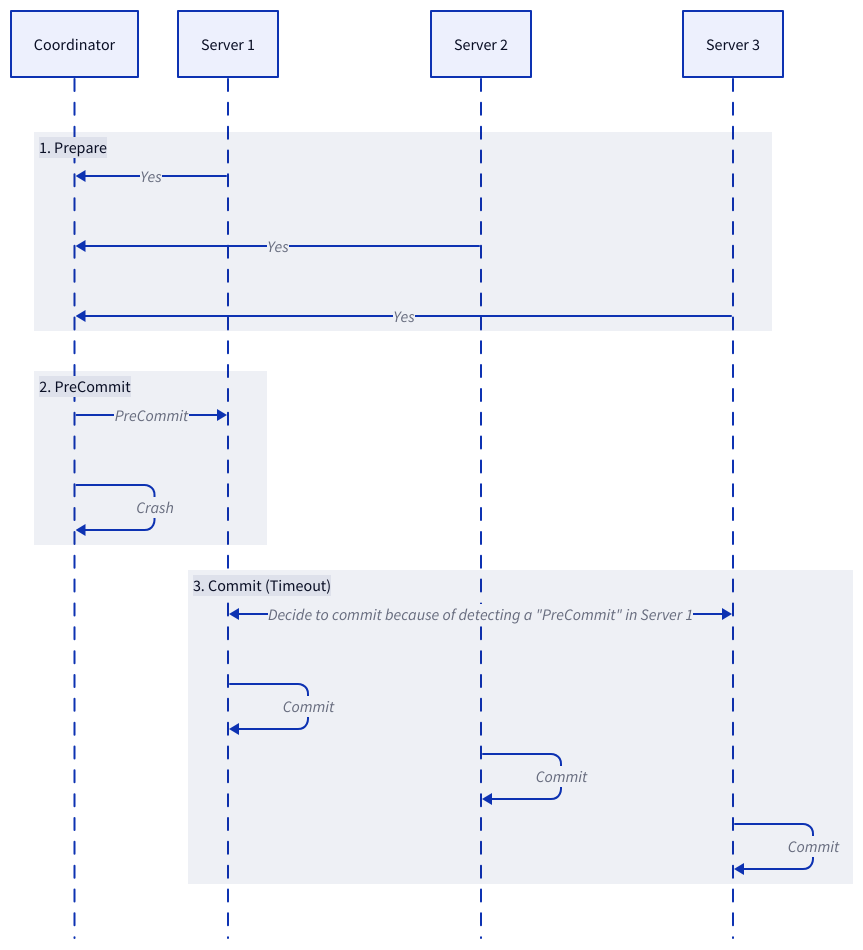
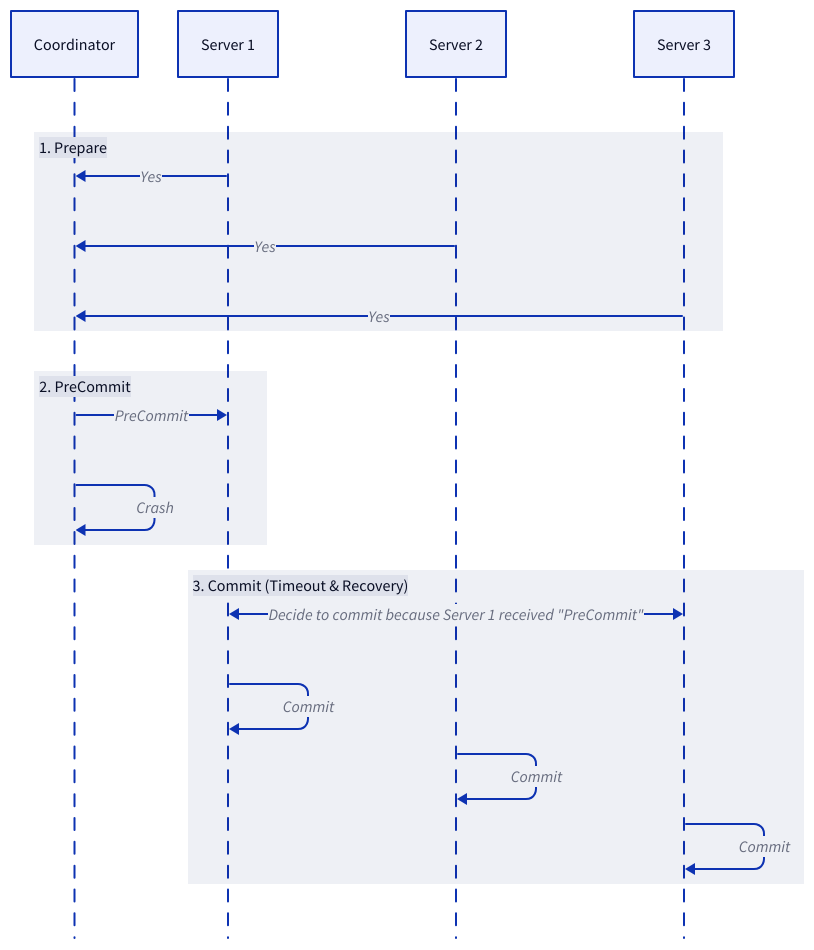
Before and after one commit to link1905/system-design-101: diagram 11 of 15 in content/docs/design-patterns/distributed-transaction/blocking-protocols.md, drawn with D2. The commit also changed other lines of this file and 11 other files, not shown here.

````diff
--- a/content/docs/design-patterns/distributed-transaction/blocking-protocols.md
+++ b/content/docs/design-patterns/distributed-transaction/blocking-protocols.md
@@ -329,32 +416,32 @@
 ```d2
 shape: sequence_diagram
 c: Coordinator {
     class: router
 }
 s1: Server 1 {
     class: server
 }
 s2: Server 2 {
     class: server
 }
 s3: Server 3 {
     class: server
 }
 "1. Prepare" {
     s1 -> c: "Yes"
     s2 -> c: "Yes"
     s3 -> c: "Yes"
 }
 "2. PreCommit" {
     c -> s1: PreCommit
     c -> c: Crash {
         class: error-conn
     }
 }
-"3. Commit (Timeout)" {
-    s1 <-> s3: 'Decide to commit because of detecting a "PreCommit" in Server 1' 
+"3. Commit (Timeout & Recovery)" {
+    s1 <-> s3: 'Decide to commit because Server 1 received "PreCommit"'
     s1 -> s1: Commit
     s2 -> s2: Commit
     s3 -> s3: Commit
 }
 ```
````
